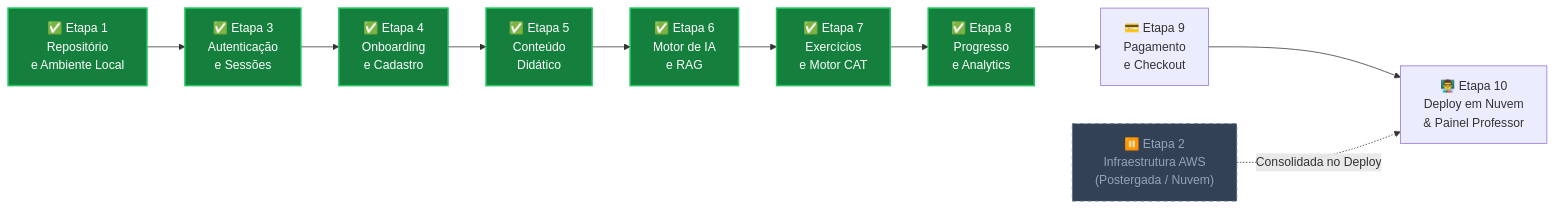
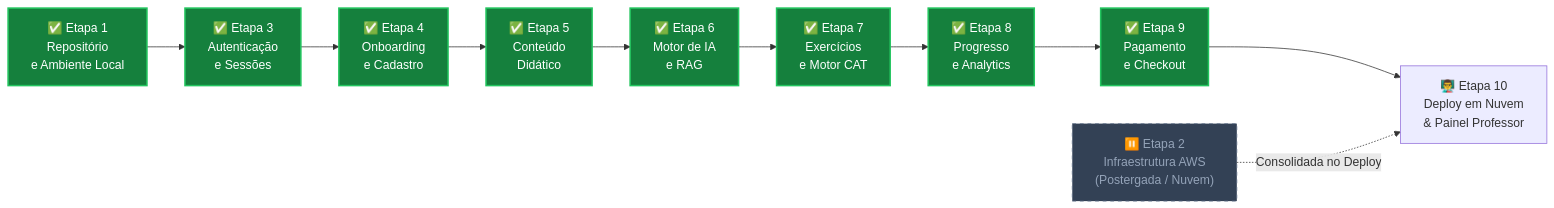
One commit to SiadeLucas/Tutor-Inteligente changed the first of 2 diagrams in docs-site/docs/implementation/index.md. Above: the diagram before and after it, drawn with Mermaid. The commit also changed other lines of this file and 29 other files, not shown here.

Commit message:
feat: etapa 9 - pagamento

````diff
--- a/docs-site/docs/implementation/index.md
+++ b/docs-site/docs/implementation/index.md
@@ -54,25 +54,26 @@
 ```mermaid
 graph LR
     E1["✅ Etapa 1\nRepositório\ne Ambiente Local"]
     E2["⏸️ Etapa 2\nInfraestrutura AWS\n(Postergada / Nuvem)"]
     E3["✅ Etapa 3\nAutenticação\ne Sessões"]
     E4["✅ Etapa 4\nOnboarding\ne Cadastro"]
     E5["✅ Etapa 5\nConteúdo\nDidático"]
     E6["✅ Etapa 6\nMotor de IA\ne RAG"]
     E7["✅ Etapa 7\nExercícios\ne Motor CAT"]
     E8["✅ Etapa 8\nProgresso\ne Analytics"]
-    E9["💳 Etapa 9\nPagamento\ne Checkout"]
+    E9["✅ Etapa 9\nPagamento\ne Checkout"]
     E10["👨‍🏫 Etapa 10\nDeploy em Nuvem\n& Painel Professor"]
 
     E1 --> E3 --> E4 --> E5 --> E6 --> E7 --> E8 --> E9 --> E10
     E2 -.->|Consolidada no Deploy| E10
 
     style E1 fill:#15803d,stroke:#22c55e,stroke-width:2px,color:#fff
     style E2 fill:#334155,stroke:#64748b,stroke-dasharray: 5 5,color:#94a3b8
     style E3 fill:#15803d,stroke:#22c55e,stroke-width:2px,color:#fff
     style E4 fill:#15803d,stroke:#22c55e,stroke-width:2px,color:#fff
     style E5 fill:#15803d,stroke:#22c55e,stroke-width:2px,color:#fff
     style E6 fill:#15803d,stroke:#22c55e,stroke-width:2px,color:#fff
     style E7 fill:#15803d,stroke:#22c55e,stroke-width:2px,color:#fff
     style E8 fill:#15803d,stroke:#22c55e,stroke-width:2px,color:#fff
+    style E9 fill:#15803d,stroke:#22c55e,stroke-width:2px,color:#fff
 ```
````
